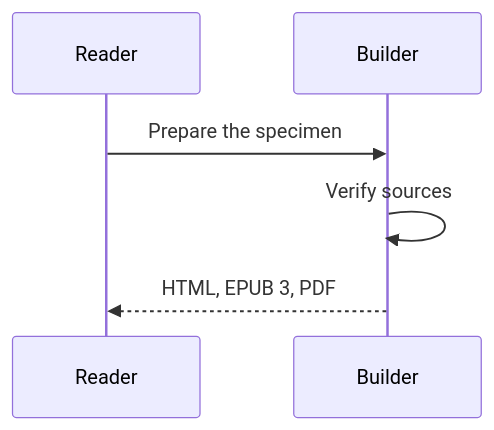
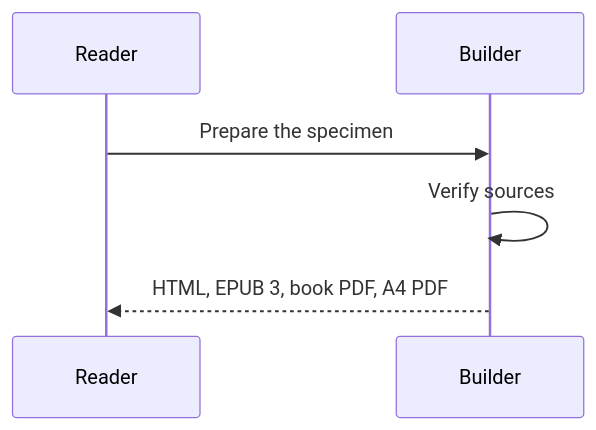
The second of 2 diagrams in rendering/specimen/notation.md (dikini/ash-doc), drawn with Mermaid before and after one commit. The commit also changed other lines of this file and 10 other files, not shown here.

Commit message:
Render duplex book and one-sided A4 PDF variants

````diff
--- a/rendering/specimen/notation.md
+++ b/rendering/specimen/notation.md
@@ -64,8 +67,8 @@
 ```mermaid
 sequenceDiagram
     participant Reader
     participant Builder
     Reader->>Builder: Prepare the specimen
     Builder->>Builder: Verify sources
-    Builder-->>Reader: HTML, EPUB 3, PDF
+    Builder-->>Reader: HTML, EPUB 3, book PDF, A4 PDF
 ```
````
